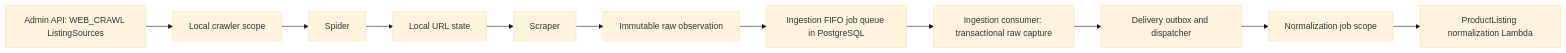
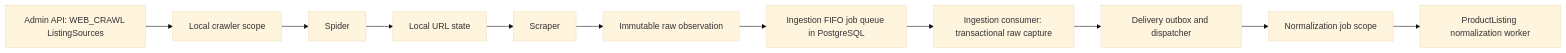
One commit to aura-historia/backend changed the diagram in docs/crawler/README.md. Above: the diagram before and after it, drawn with Mermaid (base theme). The commit also changed other lines of this file and 27 other files, not shown here.

````diff
--- a/docs/crawler/README.md
+++ b/docs/crawler/README.md
@@ -9,13 +9,13 @@
 ```mermaid
 flowchart LR
     Source[Admin API: WEB_CRAWL ListingSources] --> Sync[Local crawler scope]
     Sync --> Spider[Spider]
     Spider --> Urls[Local URL state]
     Urls --> Scraper[Scraper]
     Scraper --> Raw[Immutable raw observation]
     Raw --> Queue[Ingestion FIFO job queue in PostgreSQL]
     Queue --> Capture[Ingestion consumer: transactional raw capture]
-    Capture --> CDC[Delivery outbox and dispatcher]
-    CDC --> SQS[Normalization job scope]
-    SQS --> Normalizer[ProductListing normalization Lambda]
+    Capture --> Outbox[Delivery outbox and dispatcher]
+    Outbox --> Scope[Normalization job scope]
+    Scope --> Normalizer[ProductListing normalization worker]
 ```
````
